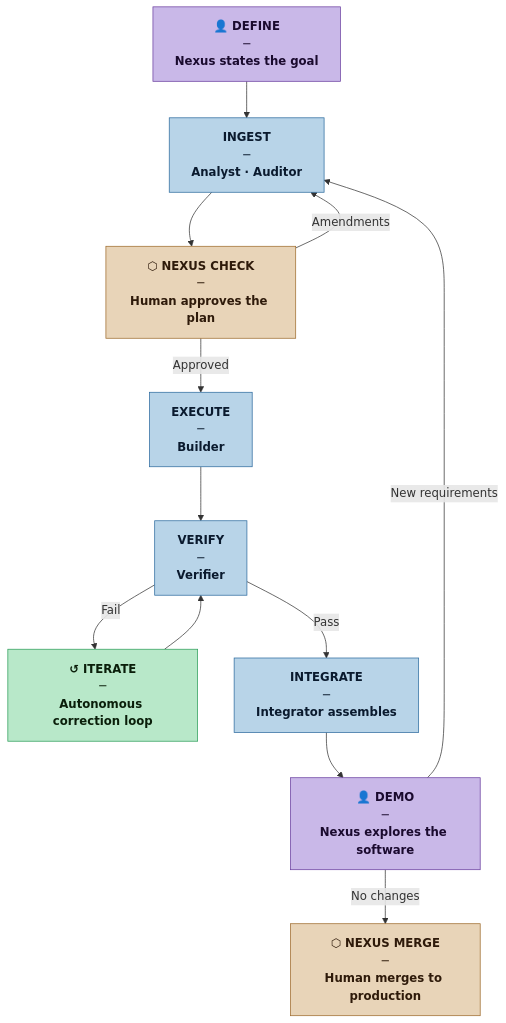
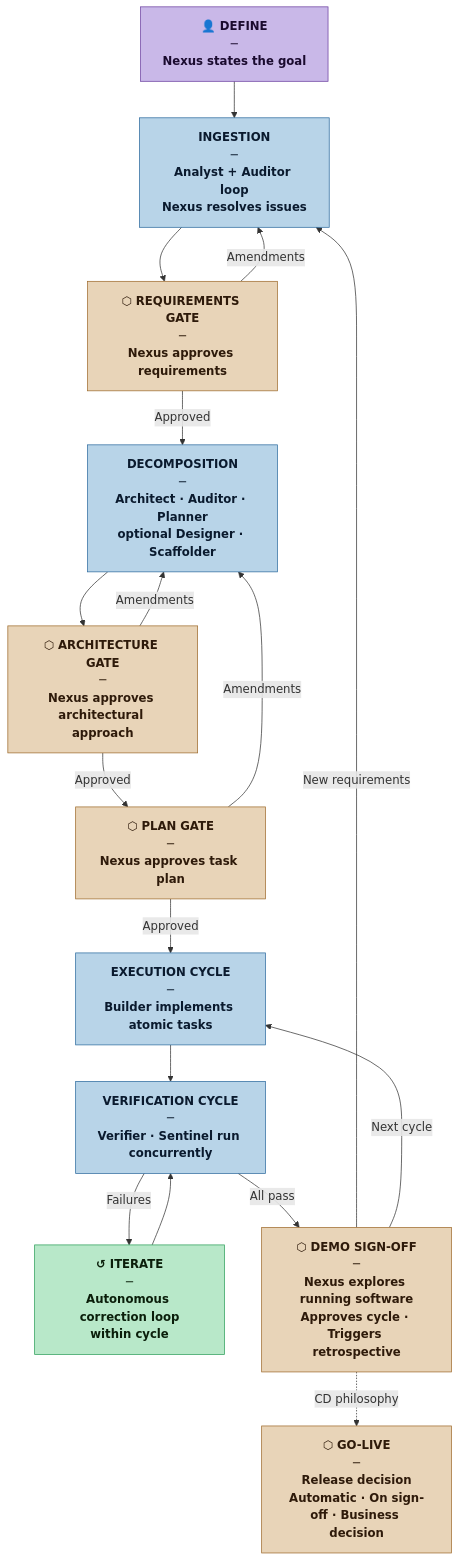
Before and after one commit to loskylp/Nexus-SDLC: the second of 2 diagrams in README.md, drawn with Mermaid. The commit also changed other lines of this file and 55 other files, not shown here.

````diff
--- a/README.md
+++ b/README.md
@@ -69,29 +74,36 @@
 ```mermaid
 flowchart TD
     classDef nexus fill:#c9b8e8,stroke:#6b3fa0,color:#1a0a2e,font-weight:bold
     classDef phase fill:#b8d4e8,stroke:#2d6b9e,color:#0a1a2e,font-weight:bold
     classDef gate  fill:#e8d4b8,stroke:#9e6b2d,color:#2e1a0a,font-weight:bold
     classDef loop  fill:#b8e8c9,stroke:#2d9e5a,color:#0a1e0a,font-weight:bold
 
     DEFINE["👤 DEFINE<br/>─<br/>Nexus states the goal"]:::nexus
-    INGEST["INGEST<br/>─<br/>Analyst · Auditor"]:::phase
-    NC["⬡ NEXUS CHECK<br/>─<br/>Human approves the plan"]:::gate
-    EXECUTE["EXECUTE<br/>─<br/>Builder"]:::phase
-    VERIFY["VERIFY<br/>─<br/>Verifier"]:::phase
-    ITERATE["↺ ITERATE<br/>─<br/>Autonomous correction loop"]:::loop
-    INTEGRATE["INTEGRATE<br/>─<br/>Integrator assembles"]:::phase
-    DEMO["👤 DEMO<br/>─<br/>Nexus explores the software"]:::nexus
-    NM["⬡ NEXUS MERGE<br/>─<br/>Human merges to production"]:::gate
+    INGEST["INGESTION<br/>─<br/>Analyst + Auditor loop<br/>Nexus resolves issues"]:::phase
+    RG["⬡ REQUIREMENTS GATE<br/>─<br/>Nexus approves requirements"]:::gate
+    DECOMP["DECOMPOSITION<br/>─<br/>Architect · Auditor · Planner<br/>optional Designer · Scaffolder"]:::phase
+    AG["⬡ ARCHITECTURE GATE<br/>─<br/>Nexus approves architectural approach"]:::gate
+    PG["⬡ PLAN GATE<br/>─<br/>Nexus approves task plan"]:::gate
+    EXEC["EXECUTION CYCLE<br/>─<br/>Builder implements atomic tasks"]:::phase
+    VERIFY["VERIFICATION CYCLE<br/>─<br/>Verifier · Sentinel run concurrently"]:::phase
+    ITERATE["↺ ITERATE<br/>─<br/>Autonomous correction loop<br/>within cycle"]:::loop
+    DS["⬡ DEMO SIGN-OFF<br/>─<br/>Nexus explores running software<br/>Approves cycle · Triggers retrospective"]:::gate
+    GL["⬡ GO-LIVE<br/>─<br/>Release decision<br/>Automatic · On sign-off · Business decision"]:::gate
 
-    DEFINE    --> INGEST
-    INGEST    --> NC
-    NC        -->|"Approved"| EXECUTE
-    NC        -->|"Amendments"| INGEST
-    EXECUTE   --> VERIFY
-    VERIFY    -->|"Pass"| INTEGRATE
-    VERIFY    -->|"Fail"| ITERATE
-    ITERATE   --> VERIFY
-    INTEGRATE --> DEMO
-    DEMO      -->|"No changes"| NM
-    DEMO      -->|"New requirements"| INGEST
+    DEFINE  --> INGEST
+    INGEST  --> RG
+    RG      -->|"Amendments"| INGEST
+    RG      -->|"Approved"| DECOMP
+    DECOMP  --> AG
+    AG      -->|"Amendments"| DECOMP
+    AG      -->|"Approved"| PG
+    PG      -->|"Amendments"| DECOMP
+    PG      -->|"Approved"| EXEC
+    EXEC    --> VERIFY
+    VERIFY  -->|"Failures"| ITERATE
+    ITERATE --> VERIFY
+    VERIFY  -->|"All pass"| DS
+    DS      -->|"New requirements"| INGEST
+    DS      -->|"Next cycle"| EXEC
+    DS      -.->|"CD philosophy"| GL
 ```
````
